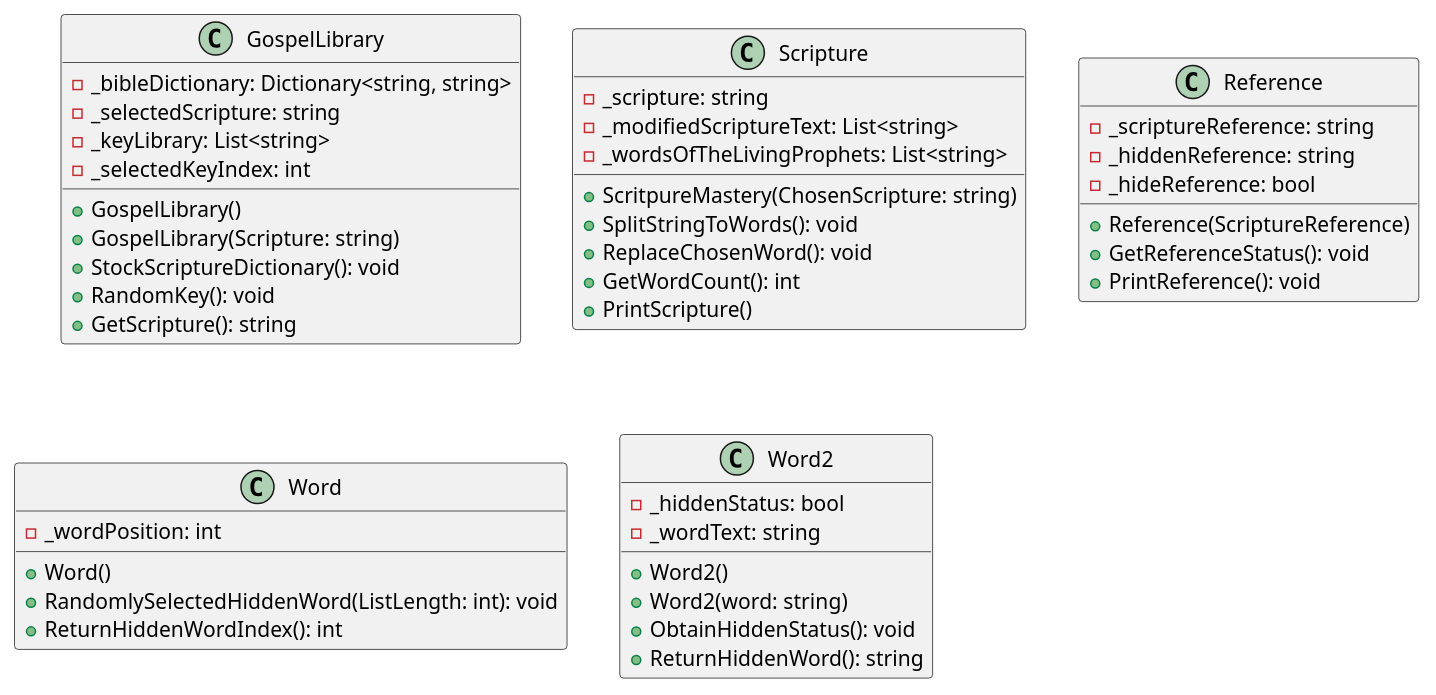
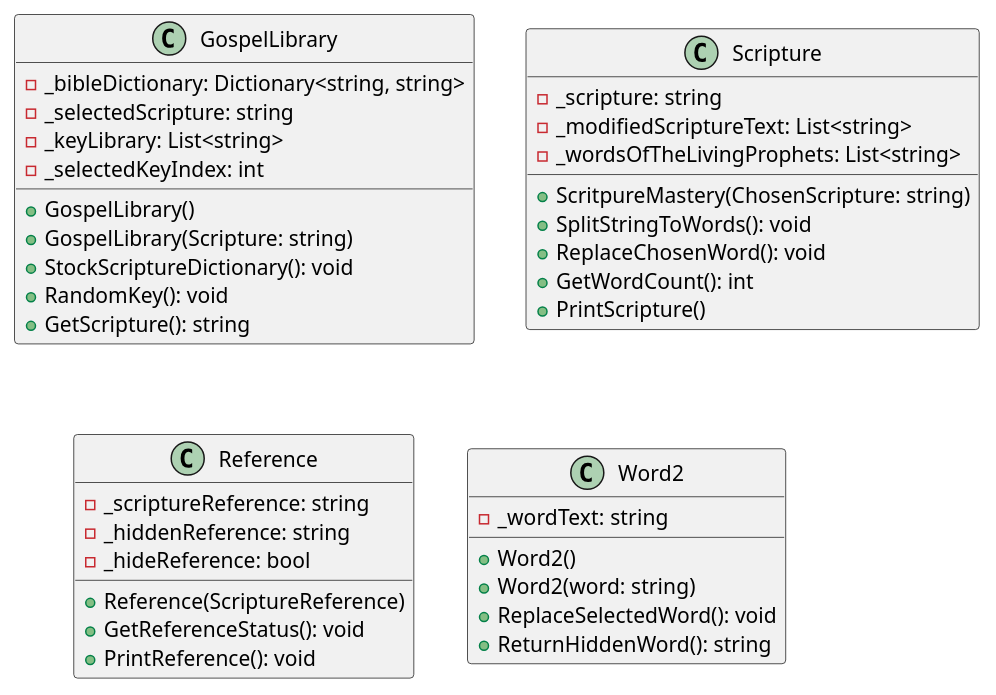
One commit to Dannrey/CSE210-template changed the diagram in prove/Develop03/Class Diagram.plantuml. Above: the diagram before and after it, drawn with PlantUML. The commit also changed 6 other files, not shown here.

```diff
--- a/prove/Develop03/Class Diagram.plantuml
+++ b/prove/Develop03/Class Diagram.plantuml
@@ -1,78 +1,78 @@
 @startuml None
 'GospelLibrary class
 'Attributes:
 GospelLibrary : -_bibleDictionary: Dictionary<string, string>
 GospelLibrary : -_selectedScripture: string
 GospelLibrary : -_keyLibrary: List<string>
 GospelLibrary : -_selectedKeyIndex: int
 
 'Constructors:
 GospelLibrary : +GospelLibrary()
 GospelLibrary : +GospelLibrary(Scripture: string)
 
 'Methods
 GospelLibrary : +StockScriptureDictionary(): void
 GospelLibrary : +RandomKey(): void
 GospelLibrary : +GetScripture(): string
 
 
 
 'Scripture class
 'Attributes:
 Scripture : -_scripture: string
 Scripture : -_modifiedScriptureText: List<string>
 Scripture : -_wordsOfTheLivingProphets: List<string>
 
 'Constructors:
 Scripture : +ScritpureMastery(ChosenScripture: string)
 
 'Methods:
 Scripture : +SplitStringToWords(): void
 Scripture : +ReplaceChosenWord(): void
 Scripture : +GetWordCount(): int
 Scripture : +PrintScripture()
 
 
 'Reference class
 'Attributes:
 Reference : -_scriptureReference: string
 Reference : -_hiddenReference: string
 Reference : -_hideReference: bool
 
 'Constructors:
 Reference : +Reference(ScriptureReference)
 
 'Methods:
 Reference : +GetReferenceStatus(): void
 ' Reference : +HideReference(ReferenceIsHidden: bool): void
 Reference : +PrintReference(): void
 
 
 
-'Word class
-'Attributes:
-Word : -_wordPosition: int
+' 'Word class
+' ' Attributes:
+' Word : -_wordPosition: int
 
-'constructors:
-Word : +Word()
+' ' constructors:
+' Word : +Word()
 
-'Methods:
-Word : +RandomlySelectedHiddenWord(ListLength: int): void
-Word : +ReturnHiddenWordIndex(): int
-' Word : +SetWordStatus(): void
+' ' Methods:
+' Word : +RandomlySelectedHiddenWord(ListLength: int): void
+' Word : +ReturnHiddenWordIndex(): int
+' ' Word : +SetWordStatus(): void
 
 
 
-'Word2 class
-'Attributes
-Word2 : -_hiddenStatus: bool
+' Word2 class
+' Attributes
+' Word2 : -_hiddenStatus: bool
 Word2 : -_wordText: string
 
-'Constructors:
+' Constructors:
 Word2 : +Word2()
 Word2 : +Word2(word: string)
 
 'Methods:
-Word2 : +ObtainHiddenStatus(): void
+Word2 : +ReplaceSelectedWord(): void
 Word2 : +ReturnHiddenWord(): string
 @enduml
```
